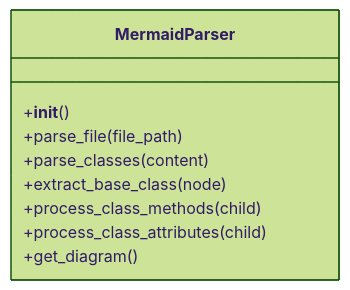
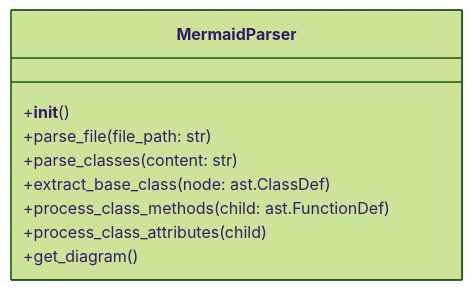
The diagram in src/mermaid_parser/mermaid_parser_class.md (fearnworks/mermaidit), drawn with Mermaid (forest theme) before and after one commit. The commit also changed 7 other files, not shown here.

````diff
--- a/src/mermaid_parser/mermaid_parser_class.md
+++ b/src/mermaid_parser/mermaid_parser_class.md
@@ -1,12 +1,12 @@
 ```mermaid
 classDiagram
 class MermaidParser {
     +__init__()
-    +parse_file(file_path)
-    +parse_classes(content)
-    +extract_base_class(node)
-    +process_class_methods(child)
+    +parse_file(file_path: str)
+    +parse_classes(content: str)
+    +extract_base_class(node: ast.ClassDef)
+    +process_class_methods(child: ast.FunctionDef)
     +process_class_attributes(child)
     +get_diagram()
 }
 ```
````
